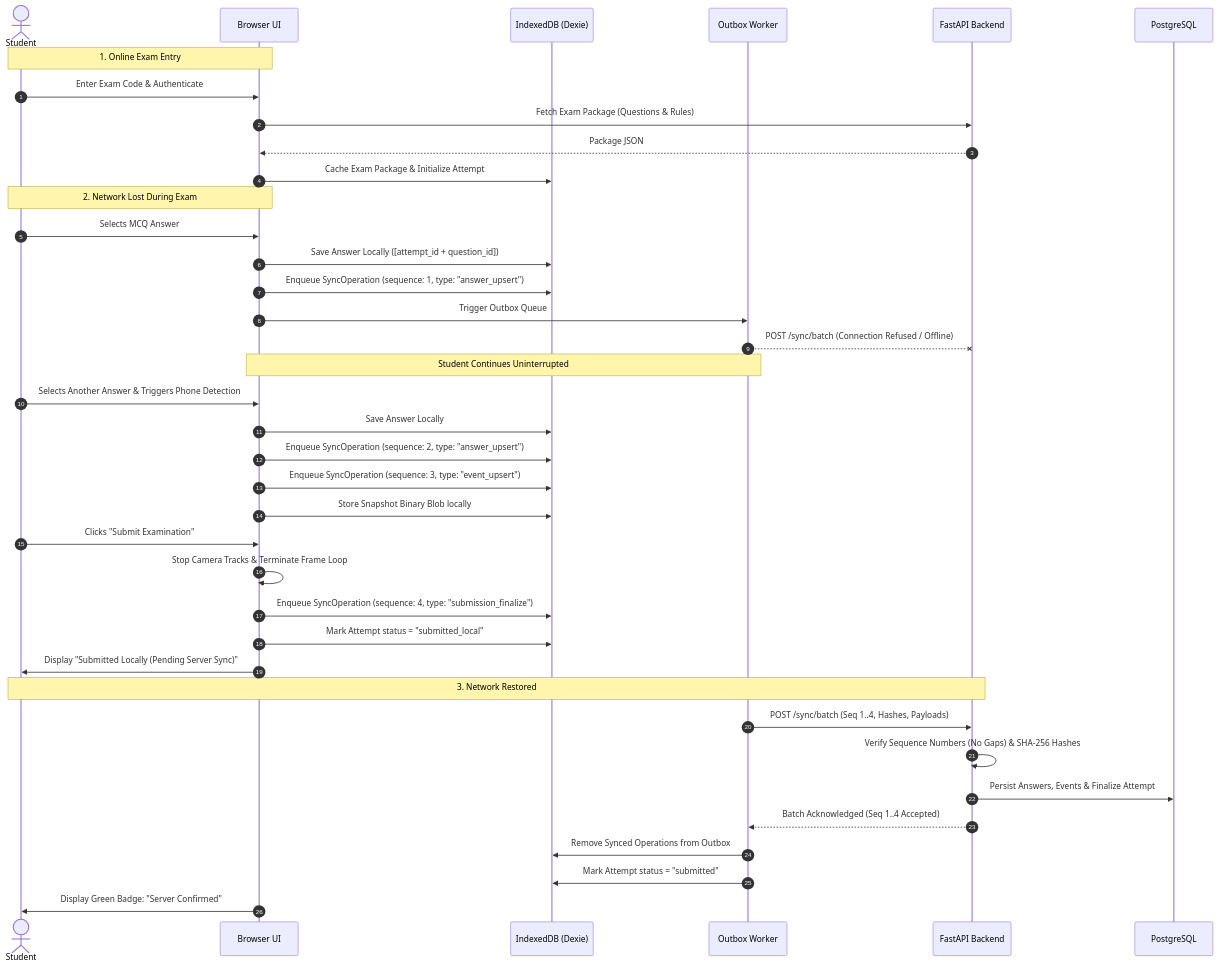
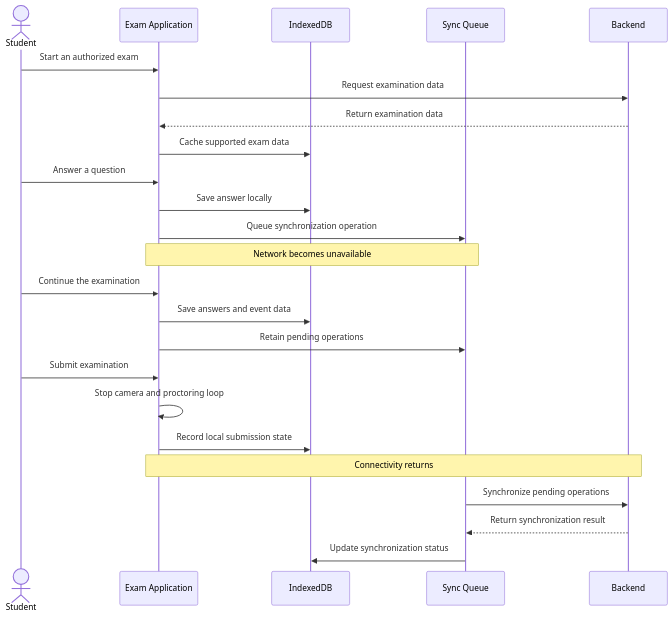
The third of 4 diagrams in README.md (Tejasdev-97/ExamProctoring), drawn with Mermaid before and after one commit. The commit also changed other lines of this file, not shown here.

Commit message:
docs: simplify README and fix Mermaid diagrams

````diff
--- a/README.md
+++ b/README.md
@@ -279,45 +181,33 @@
 ```mermaid
 sequenceDiagram
-    autonumber
     actor Student
-    participant Browser as Browser UI
-    participant IDB as IndexedDB (Dexie)
-    participant Sync as Outbox Worker
-    participant API as FastAPI Backend
-    participant DB as PostgreSQL
+    participant Browser as Exam Application
+    participant Local as IndexedDB
+    participant Queue as Sync Queue
+    participant API as Backend
 
-    Note over Student, Browser: 1. Online Exam Entry
-    Student->>Browser: Enter Exam Code & Authenticate
-    Browser->>API: Fetch Exam Package (Questions & Rules)
-    API-->>Browser: Package JSON
-    Browser->>IDB: Cache Exam Package & Initialize Attempt
+    Student->>Browser: Start an authorized exam
+    Browser->>API: Request examination data
+    API-->>Browser: Return examination data
+    Browser->>Local: Cache supported exam data
 
-    Note over Student, Browser: 2. Network Lost During Exam
-    Student->>Browser: Selects MCQ Answer
-    Browser->>IDB: Save Answer Locally ([attempt_id + question_id])
-    Browser->>IDB: Enqueue SyncOperation (sequence: 1, type: "answer_upsert")
-    Browser->>Sync: Trigger Outbox Queue
-    Sync--xAPI: POST /sync/batch (Connection Refused / Offline)
-    Note over Browser, Sync: Student Continues Uninterrupted
+    Student->>Browser: Answer a question
+    Browser->>Local: Save answer locally
+    Browser->>Queue: Queue synchronization operation
 
-    Student->>Browser: Selects Another Answer & Triggers Phone Detection
-    Browser->>IDB: Save Answer Locally
-    Browser->>IDB: Enqueue SyncOperation (sequence: 2, type: "answer_upsert")
-    Browser->>IDB: Enqueue SyncOperation (sequence: 3, type: "event_upsert")
-    Browser->>IDB: Store Snapshot Binary Blob locally
+    Note over Browser,Queue: Network becomes unavailable
 
-    Student->>Browser: Clicks "Submit Examination"
-    Browser->>Browser: Stop Camera Tracks & Terminate Frame Loop
-    Browser->>IDB: Enqueue SyncOperation (sequence: 4, type: "submission_finalize")
-    Browser->>IDB: Mark Attempt status = "submitted_local"
-    Browser->>Student: Display "Submitted Locally (Pending Server Sync)"
+    Student->>Browser: Continue the examination
+    Browser->>Local: Save answers and event data
+    Browser->>Queue: Retain pending operations
 
-    Note over Student, API: 3. Network Restored
-    Sync->>API: POST /sync/batch (Seq 1..4, Hashes, Payloads)
-    API->>API: Verify Sequence Numbers (No Gaps) & SHA-256 Hashes
-    API->>DB: Persist Answers, Events & Finalize Attempt
-    API-->>Sync: Batch Acknowledged (Seq 1..4 Accepted)
-    Sync->>IDB: Remove Synced Operations from Outbox
-    Sync->>IDB: Mark Attempt status = "submitted"
-    Browser->>Student: Display Green Badge: "Server Confirmed"
+    Student->>Browser: Submit examination
+    Browser->>Browser: Stop camera and proctoring loop
+    Browser->>Local: Record local submission state
+
+    Note over Browser,API: Connectivity returns
+
+    Queue->>API: Synchronize pending operations
+    API-->>Queue: Return synchronization result
+    Queue->>Local: Update synchronization status
 ```
````
